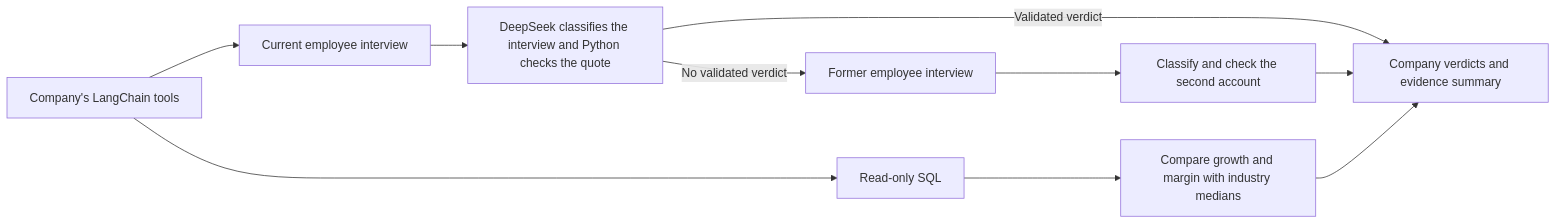
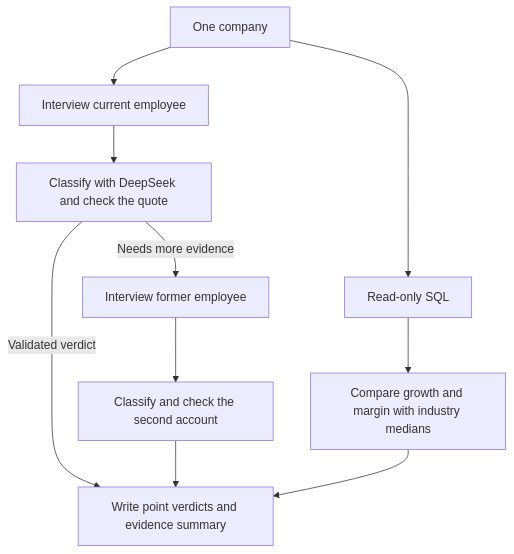
Before and after one commit to HallwayinCHN/FTEC5660-HW3: the diagram in README.md, drawn with Mermaid. The commit also changed other lines of this file and 3 other files, not shown here.

Commit message:
Improve HW3 evidence checks and expand the written report

````diff
--- a/README.md
+++ b/README.md
@@ -187,12 +42,12 @@
 ```mermaid
-flowchart LR
-    A["Company's LangChain tools"] --> B["Read-only SQL"]
-    A --> C["Current employee interview"]
+flowchart TD
+    A["One company"] --> B["Read-only SQL"]
+    A --> C["Interview current employee"]
     B --> D["Compare growth and margin with industry medians"]
-    C --> E["DeepSeek classifies the interview and Python checks the quote"]
-    E -->|"Validated verdict"| H["Company verdicts and evidence summary"]
-    E -->|"No validated verdict"| F["Former employee interview"]
+    C --> E["Classify with DeepSeek and check the quote"]
+    E -->|"Validated verdict"| H["Write point verdicts and evidence summary"]
+    E -->|"Needs more evidence"| F["Interview former employee"]
     F --> G["Classify and check the second account"]
     G --> H
     D --> H
 ```
````
